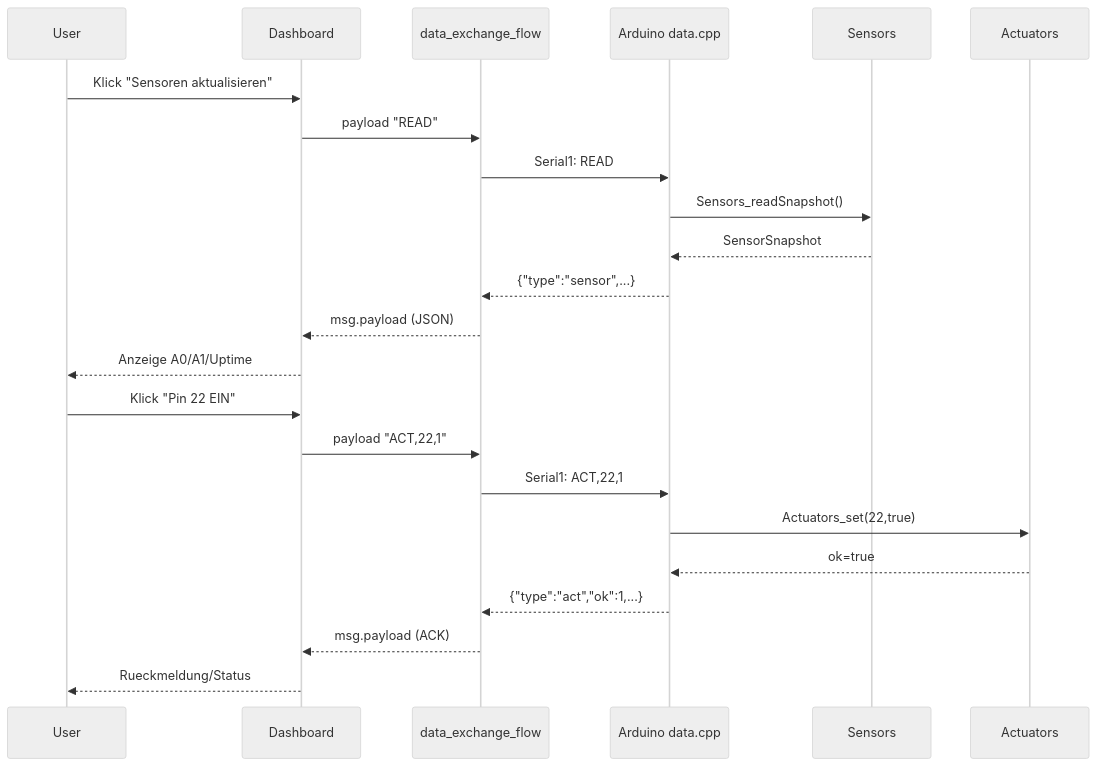
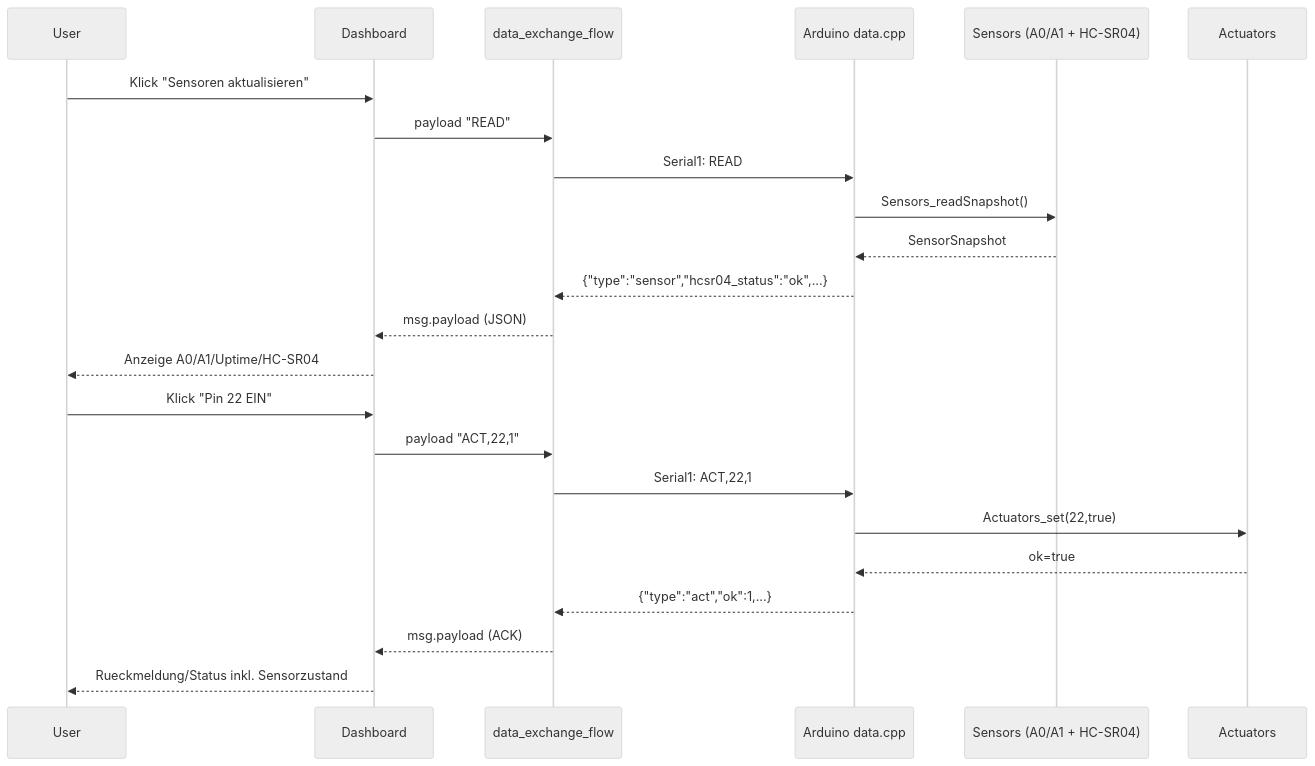
Before and after one commit to HerrnDK/Projekt: the third of 4 diagrams in nodered/flows/FLOW_ARCHITEKTUR_PLAN.md, drawn with Mermaid (neutral theme). The commit also changed other lines of this file and 9 other files, not shown here.

````diff
--- a/nodered/flows/FLOW_ARCHITEKTUR_PLAN.md
+++ b/nodered/flows/FLOW_ARCHITEKTUR_PLAN.md
@@ -88,27 +88,27 @@
 ```mermaid
 sequenceDiagram
   participant U as User
   participant D as Dashboard
   participant X as data_exchange_flow
   participant A as Arduino data.cpp
-  participant S as Sensors
+  participant S as Sensors (A0/A1 + HC-SR04)
   participant C as Actuators
 
   U->>D: Klick "Sensoren aktualisieren"
   D->>X: payload "READ"
   X->>A: Serial1: READ
   A->>S: Sensors_readSnapshot()
   S-->>A: SensorSnapshot
-  A-->>X: {"type":"sensor",...}
+  A-->>X: {"type":"sensor","hcsr04_status":"ok",...}
   X-->>D: msg.payload (JSON)
-  D-->>U: Anzeige A0/A1/Uptime
+  D-->>U: Anzeige A0/A1/Uptime/HC-SR04
 
   U->>D: Klick "Pin 22 EIN"
   D->>X: payload "ACT,22,1"
   X->>A: Serial1: ACT,22,1
   A->>C: Actuators_set(22,true)
   C-->>A: ok=true
   A-->>X: {"type":"act","ok":1,...}
   X-->>D: msg.payload (ACK)
-  D-->>U: Rueckmeldung/Status
+  D-->>U: Rueckmeldung/Status inkl. Sensorzustand
 ```
````
